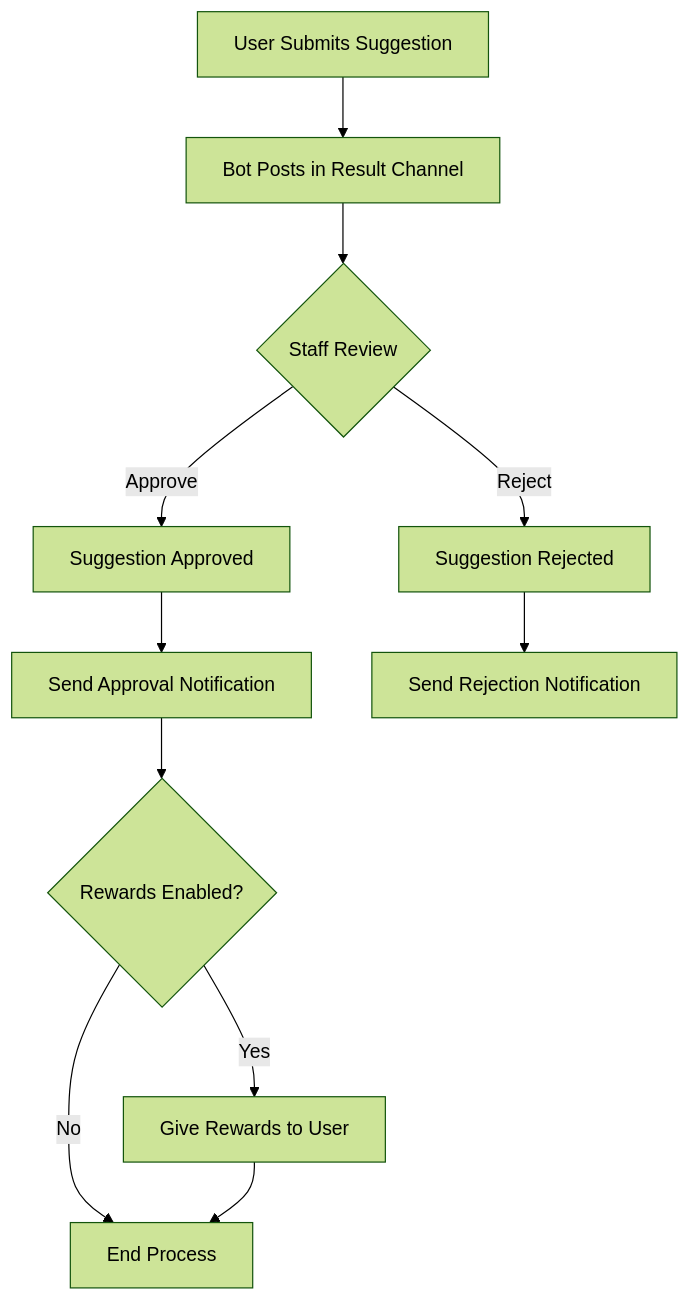
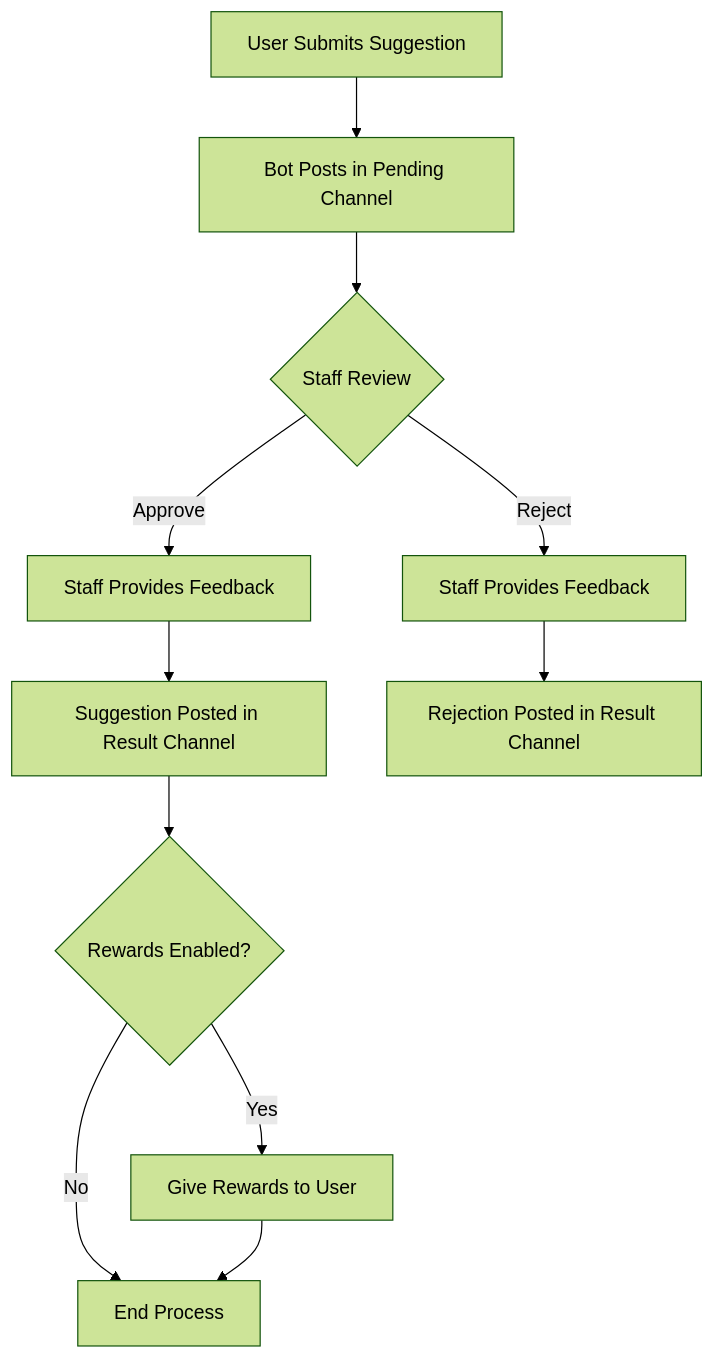
Before and after one commit to EgehanKilicarslan/minebot: the diagram in docs/SuggestionSystem.md, drawn with Mermaid (forest theme). The commit also changed other lines of this file and 1 other file, not shown here.

Commit message:
refactor: streamline command configuration and suggestion system documentation

````diff
--- a/docs/SuggestionSystem.md
+++ b/docs/SuggestionSystem.md
@@ -18,13 +19,13 @@
 ```mermaid
 graph TD
-    A[User Submits Suggestion] --> B[Bot Posts in Result Channel]
+    A[User Submits Suggestion] --> B[Bot Posts in Pending Channel]
     B --> C{Staff Review}
-    C -->|Approve| D[Suggestion Approved]
-    C -->|Reject| E[Suggestion Rejected]
-    D --> F[Send Approval Notification]
-    E --> G[Send Rejection Notification]
+    C -->|Approve| D[Staff Provides Feedback]
+    C -->|Reject| E[Staff Provides Feedback]
+    D --> F[Suggestion Posted in Result Channel]
+    E --> G[Rejection Posted in Result Channel]
     F --> H{Rewards Enabled?}
     H -->|Yes| I[Give Rewards to User]
     H -->|No| J[End Process]
     I --> J
 ```
````
